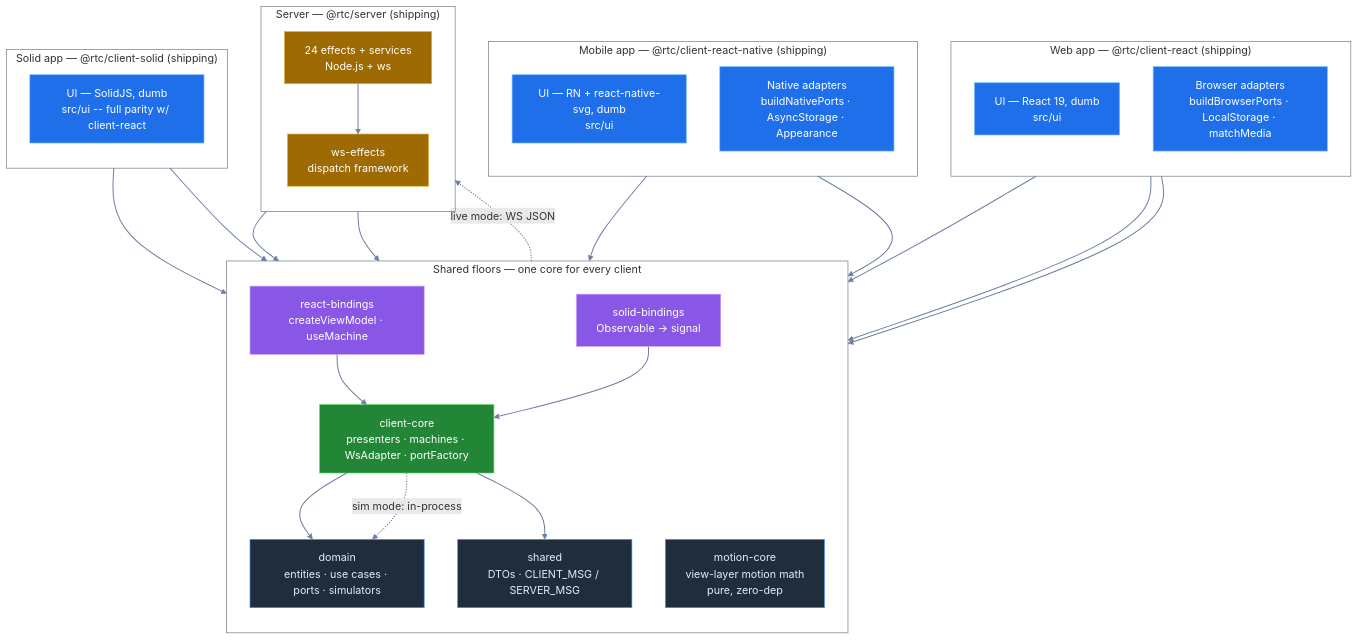
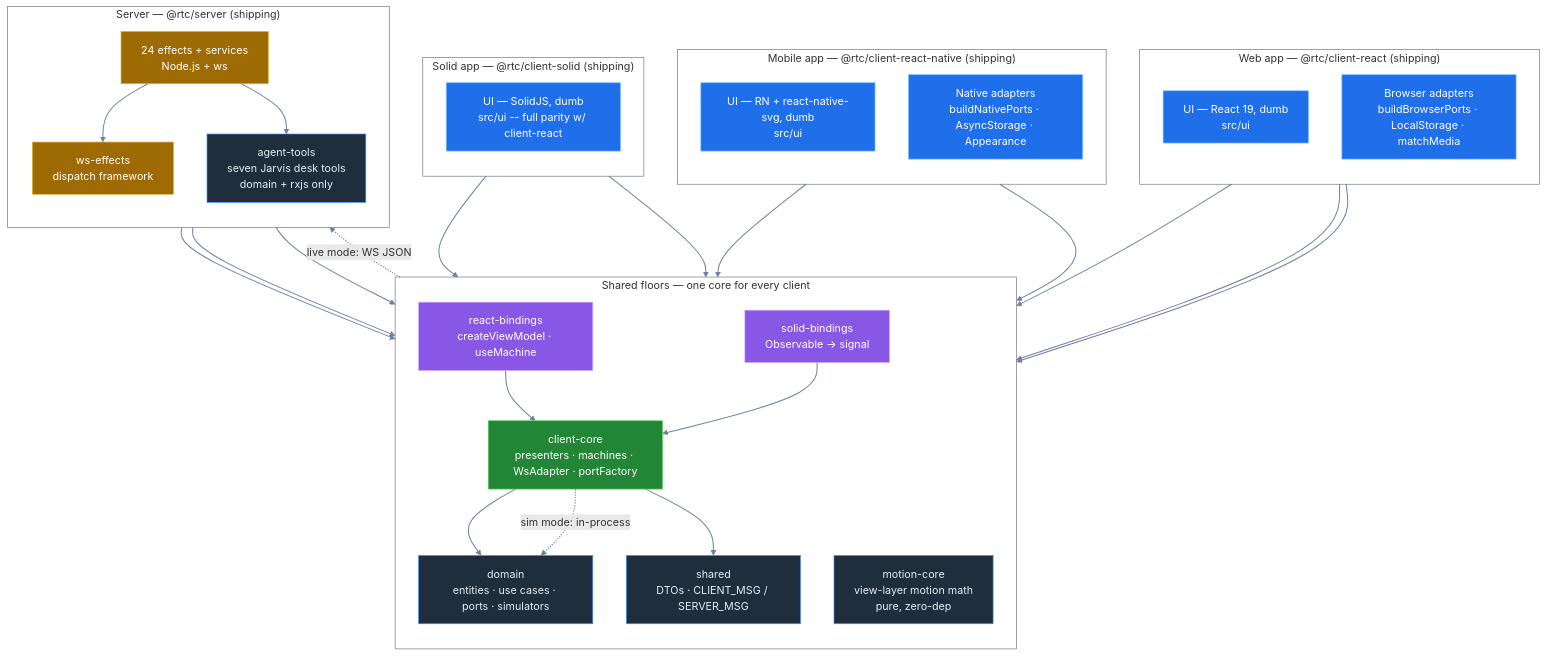
The diagram in docs/architecture/13-codebase-map.md (bettersoftware-io/ReactiveTraderCloudClone), drawn with Mermaid before and after one commit. The commit also changed other lines of this file and 8 other files, not shown here.

````diff
--- a/docs/architecture/13-codebase-map.md
+++ b/docs/architecture/13-codebase-map.md
@@ -11,64 +11,67 @@
 ```mermaid
 flowchart TB
     subgraph WebApp["Web app — @rtc/client-react (shipping)"]
         direction TB
         webUi["UI — React 19, dumb<br/>src/ui"]:::ui
         webAdapt["Browser adapters<br/>buildBrowserPorts · LocalStorage · matchMedia"]:::ui
     end
 
     subgraph MobileApp["Mobile app — @rtc/client-react-native (shipping)"]
         direction TB
         rnUi["UI — RN + react-native-svg, dumb<br/>src/ui"]:::ui
         rnAdapt["Native adapters<br/>buildNativePorts · AsyncStorage · Appearance"]:::ui
     end
 
     subgraph SolidApp["Solid app — @rtc/client-solid (shipping)"]
         direction TB
         solidUi["UI — SolidJS, dumb<br/>src/ui -- full parity w/ client-react"]:::ui
     end
 
     subgraph SharedFloors["Shared floors — one core for every client"]
         direction TB
         rb["react-bindings<br/>createViewModel · useMachine"]:::bridge
         sb["solid-bindings<br/>Observable → signal"]:::bridge
         core["client-core<br/>presenters · machines · WsAdapter · portFactory"]:::core
         domain["domain<br/>entities · use cases · ports · simulators"]:::domain
         shared["shared<br/>DTOs · CLIENT_MSG / SERVER_MSG"]:::domain
         motion["motion-core<br/>view-layer motion math<br/>pure, zero-dep"]:::domain
     end
 
     subgraph Server["Server — @rtc/server (shipping)"]
         direction TB
         srv["24 effects + services<br/>Node.js + ws"]:::server
         wse["ws-effects<br/>dispatch framework"]:::server
+        agt["agent-tools<br/>seven Jarvis desk tools<br/>domain + rxjs only"]:::domain
     end
 
     webUi --> rb
     webUi --> motion
     webAdapt --> core
     rnUi --> rb
     rnAdapt --> core
     solidUi --> sb
     solidUi --> motion
     rb --> core
     sb --> core
     core --> domain
     core --> shared
     core -. "live mode: WS JSON" .-> srv
     core -. "sim mode: in-process" .-> domain
     srv --> wse
+    srv --> agt
     srv --> domain
     srv --> shared
+    agt --> domain
 
     classDef ui fill:#1f6feb,stroke:#79c0ff,color:#ffffff
     classDef bridge fill:#8957e5,stroke:#d2a8ff,color:#ffffff
     classDef core fill:#238636,stroke:#56d364,color:#ffffff
     classDef server fill:#9e6a03,stroke:#e3b341,color:#ffffff
     classDef domain fill:#1f2d3d,stroke:#4493f8,color:#e6edf3
     style WebApp fill:transparent,stroke:#6e7681
     style MobileApp fill:transparent,stroke:#6e7681
     style SolidApp fill:transparent,stroke:#6e7681
     style SharedFloors fill:transparent,stroke:#6e7681
     style Server fill:transparent,stroke:#6e7681
     linkStyle default stroke:#6e7fa3,stroke-width:1.5px
 ```
````
